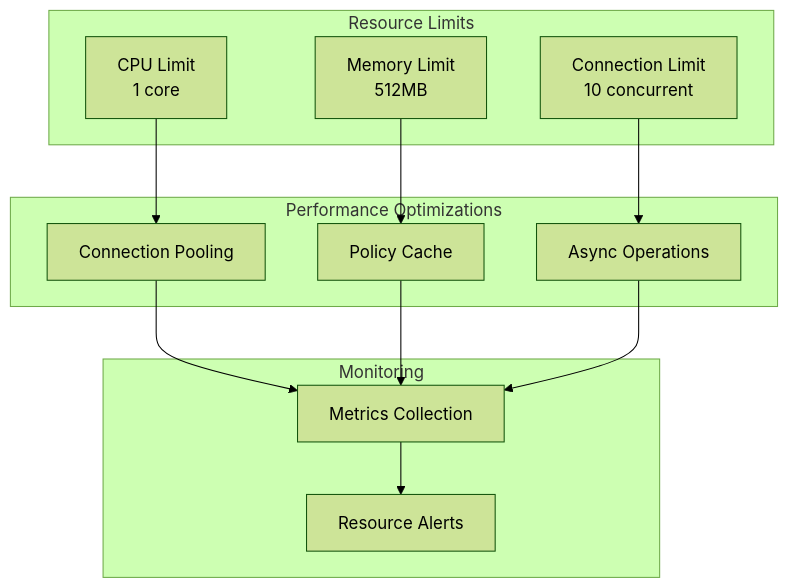
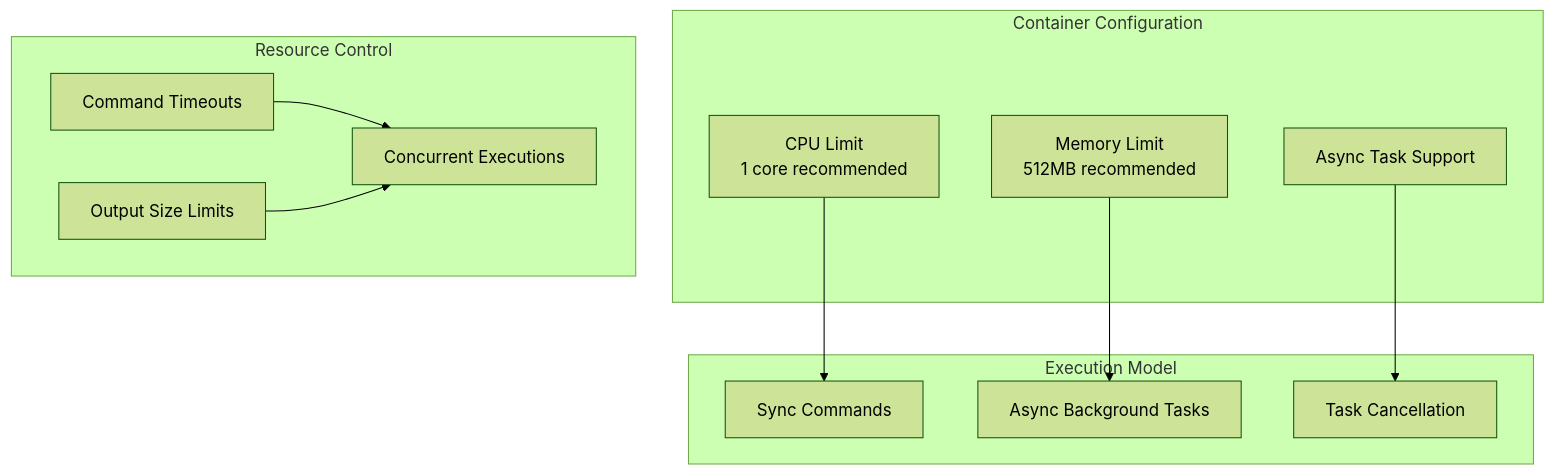
Before and after one commit to CodeBotD/mcp-ssh-orchestrator-test: diagram 11 of 11 in docs/wiki/04-Architecture.md, drawn with Mermaid (forest theme). The commit also changed other lines of this file, not shown here.

Commit message:
Fix Architecture.md to accurately reflect actual capabilities

````diff
--- a/docs/wiki/04-Architecture.md
+++ b/docs/wiki/04-Architecture.md
@@ -482,29 +490,27 @@
 ```mermaid
 graph TB
-    subgraph "Resource Limits"
-        CPU_LIMIT[CPU Limit<br/>1 core]
-        MEMORY_LIMIT[Memory Limit<br/>512MB]
-        CONNECTION_LIMIT[Connection Limit<br/>10 concurrent]
+    subgraph "Container Configuration"
+        CPU_LIMIT[CPU Limit<br/>1 core recommended]
+        MEMORY_LIMIT[Memory Limit<br/>512MB recommended]
+        ASYNC[Async Task Support]
     end
     
-    subgraph "Performance Optimizations"
-        CONNECTION_POOL[Connection Pooling]
-        CACHE[Policy Cache]
-        ASYNC[Async Operations]
+    subgraph "Execution Model"
+        SYNC[Sync Commands]
+        ASYNC_TASKS[Async Background Tasks]
+        CANCELLATION[Task Cancellation]
     end
     
-    subgraph "Monitoring"
-        METRICS[Metrics Collection]
-        ALERTS[Resource Alerts]
+    subgraph "Resource Control"
+        TIMEOUT[Command Timeouts]
+        OUTPUT_LIMIT[Output Size Limits]
+        CONCURRENT[Concurrent Executions]
     end
     
-    CPU_LIMIT --> CONNECTION_POOL
-    MEMORY_LIMIT --> CACHE
-    CONNECTION_LIMIT --> ASYNC
+    CPU_LIMIT --> SYNC
+    MEMORY_LIMIT --> ASYNC_TASKS
+    ASYNC --> CANCELLATION
     
-    CONNECTION_POOL --> METRICS
-    CACHE --> METRICS
-    ASYNC --> METRICS
-    
-    METRICS --> ALERTS
+    TIMEOUT --> CONCURRENT
+    OUTPUT_LIMIT --> CONCURRENT
 ```
````
